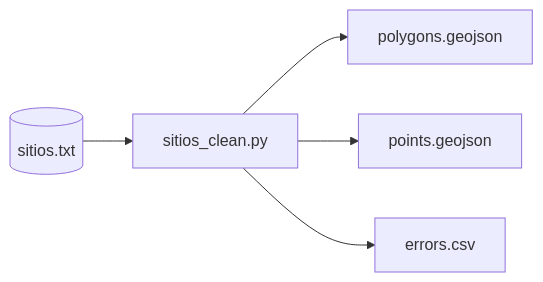
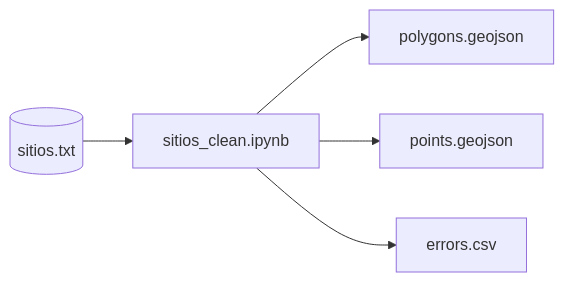
Before and after one commit to JesusMelendez/preprocess_sitios: the diagram in Readme.md, drawn with Mermaid.

Commit message:
corrección del Readme

````diff
--- a/Readme.md
+++ b/Readme.md
@@ -9,7 +9,7 @@
 ```mermaid
 graph LR;
-    id1[(sitios.txt)]-->id2[sitios_clean.py];
-    id2[sitios_clean.py]-->polygons.geojson;
-    id2[sitios_clean.py]-->points.geojson;
-    id2[sitios_clean.py]-->errors.csv;
+    id1[(sitios.txt)]-->id2[sitios_clean.ipynb];
+    id2[sitios_clean.ipynb]-->polygons.geojson;
+    id2[sitios_clean.ipynb]-->points.geojson;
+    id2[sitios_clean.ipynb]-->errors.csv;
 ```
````
